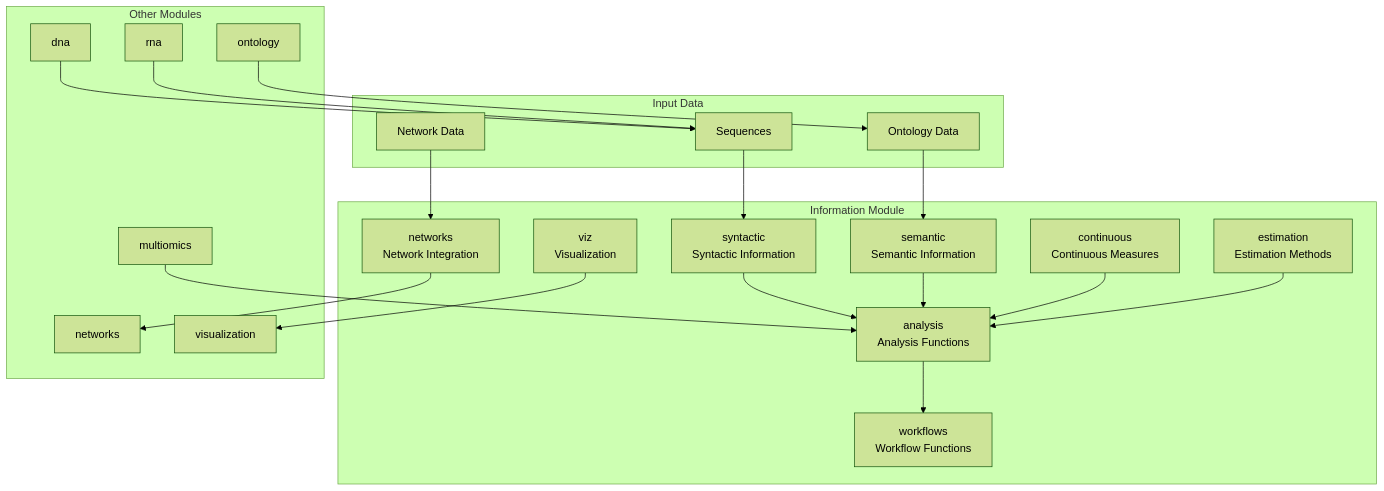
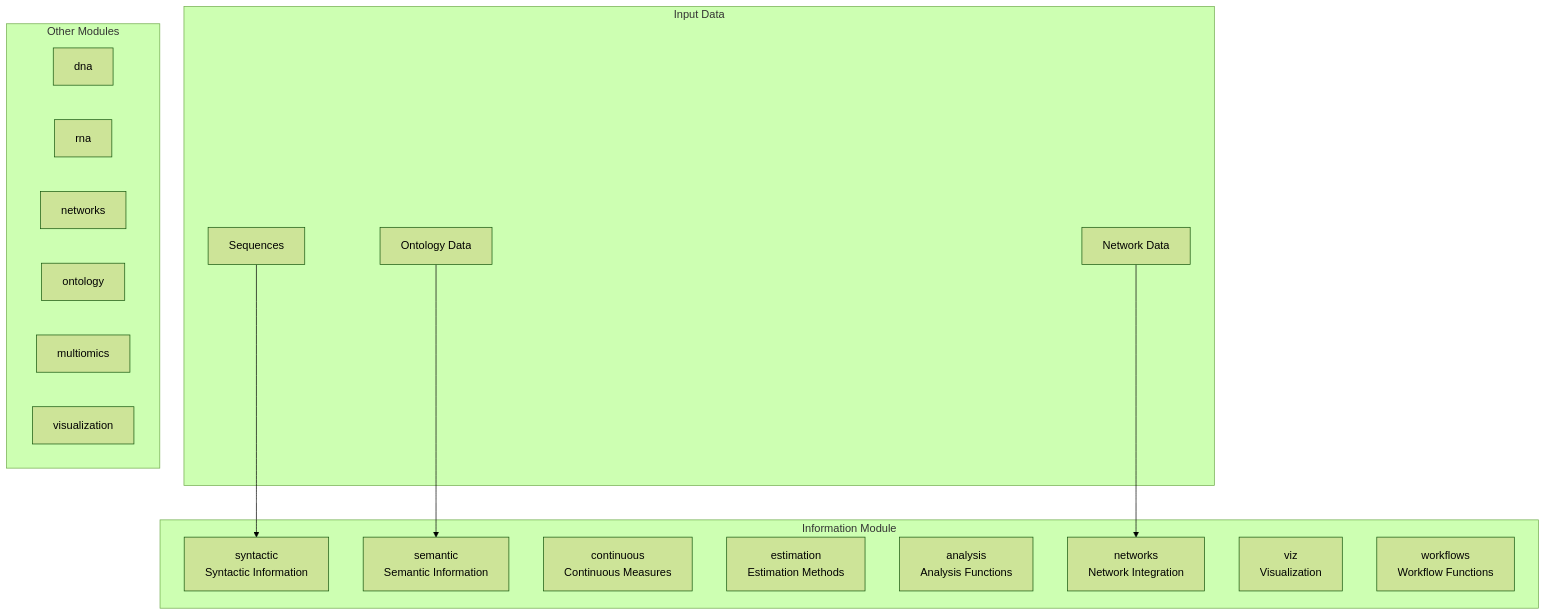
One commit to docxology/MetaInformAnt changed the first of 5 diagrams in src/metainformant/information/README.md. Above: the diagram before and after it, drawn with Mermaid (forest theme). The commit also changed other lines of this file and 1159 other files, not shown here.

````diff
--- a/src/metainformant/information/README.md
+++ b/src/metainformant/information/README.md
@@ -15,43 +20,32 @@
 ```mermaid
 graph TB
     subgraph "Information Module"
         Syntactic[syntactic<br/>Syntactic Information]
         Semantic[semantic<br/>Semantic Information]
         Continuous[continuous<br/>Continuous Measures]
         Estimation[estimation<br/>Estimation Methods]
         Analysis[analysis<br/>Analysis Functions]
         Networks[networks<br/>Network Integration]
         Visualization[viz<br/>Visualization]
         Workflows[workflows<br/>Workflow Functions]
     end
     
     subgraph "Input Data"
         Sequences[Sequences]
         Networks_Data[Network Data]
         Ontology_Data[Ontology Data]
     end
     
     subgraph "Other Modules"
         DNA_Mod[dna]
         RNA_Mod[rna]
         Networks_Mod[networks]
         Ontology_Mod[ontology]
         MultiOmics[multiomics]
         Viz_Mod[visualization]
     end
     
     Sequences --> Syntactic
     Networks_Data --> Networks
     Ontology_Data --> Semantic
-    Syntactic --> Analysis
-    Semantic --> Analysis
-    Continuous --> Analysis
-    Estimation --> Analysis
-    Analysis --> Workflows
-    Networks --> Networks_Mod
-    Visualization --> Viz_Mod
-    DNA_Mod --> Sequences
-    RNA_Mod --> Sequences
-    Ontology_Mod --> Ontology_Data
-    MultiOmics --> Analysis
 ```
````
